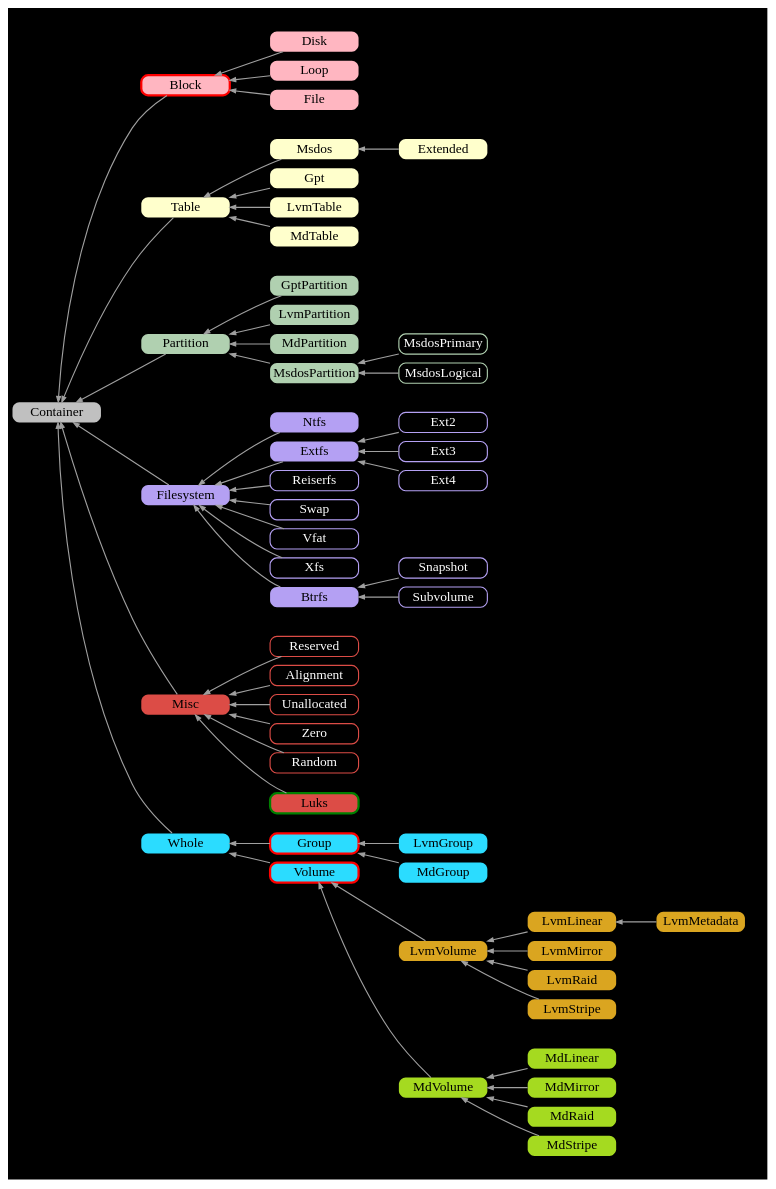
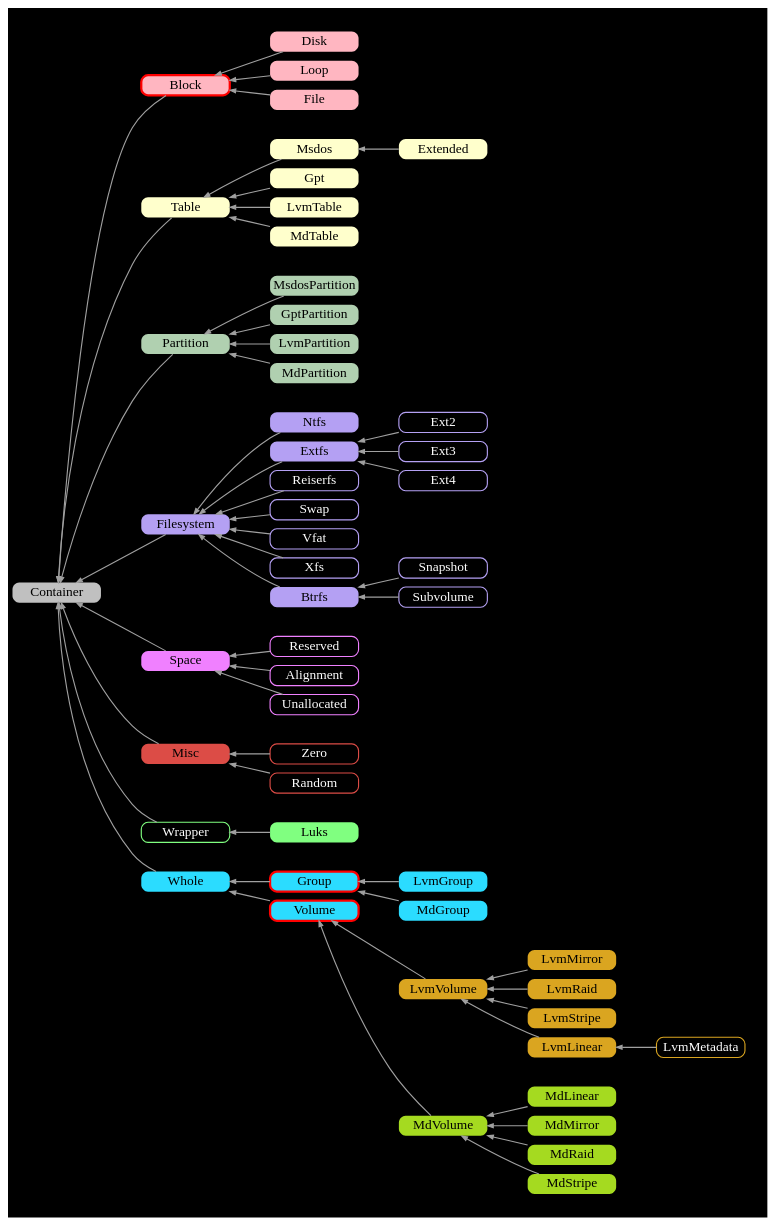
Before and after one commit to flatcap/dparted: the diagram in gfx/class_dparted5.gv, drawn with Graphviz. The commit also changed 1 other file, not shown here.

```diff
--- a/gfx/class_dparted5.gv
+++ b/gfx/class_dparted5.gv
@@ -44,9 +44,6 @@
 	LvmPartition   [ fillcolor="#B0D0B0" ];
 	MdPartition    [ fillcolor="#B0D0B0" ];
 
-	MsdosPrimary   [ color="#B0D0B0" fontcolor=white style=solid penwidth=1 ];
-	MsdosLogical   [ color="#B0D0B0" fontcolor=white style=solid penwidth=1 ];
-
 	Filesystem     [ fillcolor="#B4A0F3" ];
 	Extfs          [ fillcolor="#B4A0F3" ];
 	Btrfs          [ fillcolor="#B4A0F3" ];
@@ -64,15 +61,20 @@
 	BtrfsSnapshot  [ label="Snapshot"  color="#B4A0F3" fontcolor=white style=solid penwidth=1 ];
 	BtrfsSubvolume [ label="Subvolume" color="#B4A0F3" fontcolor=white style=solid penwidth=1 ];
 
+	Space          [ fillcolor="#F080FF" ];
+
+	Reserved       [ color="#F080FF" fontcolor=white style=solid penwidth=1 ];
+	Alignment      [ color="#F080FF" fontcolor=white style=solid penwidth=1 ];
+	Unallocated    [ color="#F080FF" fontcolor=white style=solid penwidth=1 ];
+
 	Misc           [ fillcolor="#DC4C46" ];
 
-	Reserved       [ color="#DC4C46" fontcolor=white style=solid penwidth=1 ];
-	Alignment      [ color="#DC4C46" fontcolor=white style=solid penwidth=1 ];
-	Unallocated    [ color="#DC4C46" fontcolor=white style=solid penwidth=1 ];
 	Zero           [ color="#DC4C46" fontcolor=white style=solid penwidth=1 ];
 	Random         [ color="#DC4C46" fontcolor=white style=solid penwidth=1 ];
 
-	Luks           [ fillcolor="#DC4C46" penwidth=2 color=green ];
+	Wrapper        [ color="#80FF80" fontcolor=white style=solid penwidth=1 ];
+
+	Luks           [ fillcolor="#80FF80" ];
 
 	Volume         [ fillcolor="#2BDCFF" penwidth=2 color=red ];
 	Whole          [ fillcolor="#2BDCFF" ];
@@ -81,11 +83,12 @@
 	MdGroup        [ fillcolor="#2BDCFF" ];
 
 	LvmLinear      [ fillcolor="#DAA520" ];
-	LvmMetadata    [ fillcolor="#DAA520" ];
 	LvmMirror      [ fillcolor="#DAA520" ];
 	LvmRaid        [ fillcolor="#DAA520" ];
 	LvmStripe      [ fillcolor="#DAA520" ];
 	LvmVolume      [ fillcolor="#DAA520" ];
+
+	LvmMetadata    [ color="#DAA520" fontcolor=white style=solid penwidth=1 ];
 
 	MdLinear       [ fillcolor="#A5DA20" ];
 	MdMirror       [ fillcolor="#A5DA20" ];
@@ -97,8 +100,10 @@
 	Filesystem -> Container;
 	Misc       -> Container;
 	Partition  -> Container;
+	Space      -> Container;
 	Table      -> Container;
 	Whole      -> Container;
+	Wrapper    -> Container;
 
 	LvmVolume  -> Volume;
 	MdVolume   -> Volume;
@@ -136,26 +141,28 @@
 	subgraph cluster_3 {
 		color = transparent;
 
-		Zero                 -> Misc;
-		Random               -> Misc;
-		Reserved             -> Misc;
-		Alignment            -> Misc;
-		Unallocated          -> Misc;
+		Reserved             -> Space;
+		Alignment            -> Space;
+		Unallocated          -> Space;
 	}
 
 	subgraph cluster_4 {
+		color = transparent;
+
+		Zero                 -> Misc;
+		Random               -> Misc;
+	}
+
+	subgraph cluster_5 {
 		color = transparent;
 
 		MsdosPartition       -> Partition;
 		GptPartition         -> Partition;
 		LvmPartition         -> Partition;
 		MdPartition          -> Partition;
-
-		MsdosPrimary         -> MsdosPartition;
-		MsdosLogical         -> MsdosPartition;
 	}
 
-	subgraph cluster_5 {
+	subgraph cluster_6 {
 		color = transparent;
 
 		LvmMetadata          -> LvmLinear;
@@ -165,7 +172,7 @@
 		LvmStripe            -> LvmVolume;
 	}
 
-	subgraph cluster_6 {
+	subgraph cluster_7 {
 		color = transparent;
 
 		MdLinear             -> MdVolume;
@@ -174,7 +181,7 @@
 		MdStripe             -> MdVolume;
 	}
 
-	subgraph cluster_7 {
+	subgraph cluster_8 {
 		color = transparent;
 
 		LvmGroup             -> Group;
@@ -183,7 +190,7 @@
 		Volume               -> Whole;
 	}
 
-	subgraph cluster_8 {
+	subgraph cluster_9 {
 		color = transparent;
 
 		Disk                 -> Block;
@@ -191,5 +198,9 @@
 		File                 -> Block;
 	}
 
-	Luks -> Misc;
+	subgraph cluster_10 {
+		color = transparent;
+
+		Luks                 -> Wrapper;
+	}
 }
```
